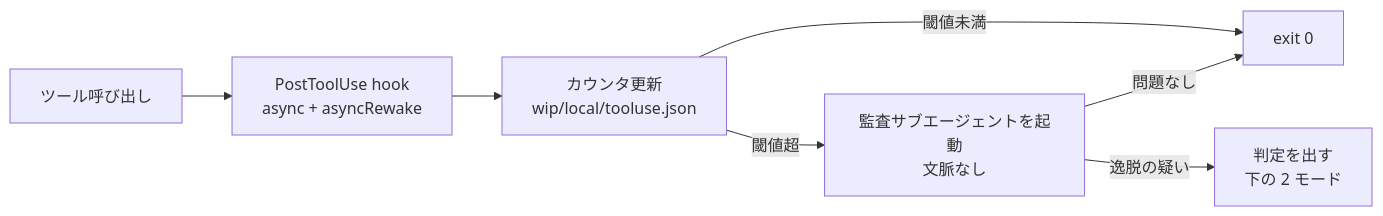
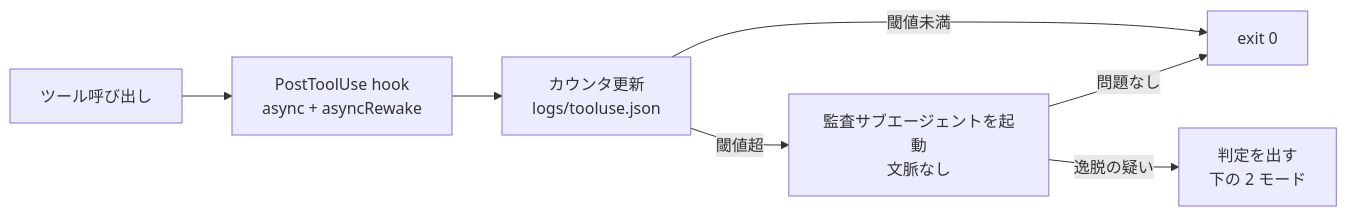
Before and after one commit to yuki-matsu783/agent-knowledge: the diagram in knowledge/context-free-audit-subagent-on-tool-count.md, drawn with Mermaid. The commit also changed other lines of this file and 18 other files, not shown here.

````diff
--- a/knowledge/context-free-audit-subagent-on-tool-count.md
+++ b/knowledge/context-free-audit-subagent-on-tool-count.md
@@ -46,9 +46,9 @@
 ```mermaid
 flowchart LR
   T[ツール呼び出し] --> P[PostToolUse hook<br/>async + asyncRewake]
-  P --> C[カウンタ更新<br/>wip/local/tooluse.json]
+  P --> C[カウンタ更新<br/>logs/tooluse.json]
   C -->|閾値未満| E[exit 0]
   C -->|閾値超| R[監査サブエージェントを起動<br/>文脈なし]
   R -->|問題なし| E
   R -->|逸脱の疑い| V[判定を出す<br/>下の 2 モード]
 ```
````
